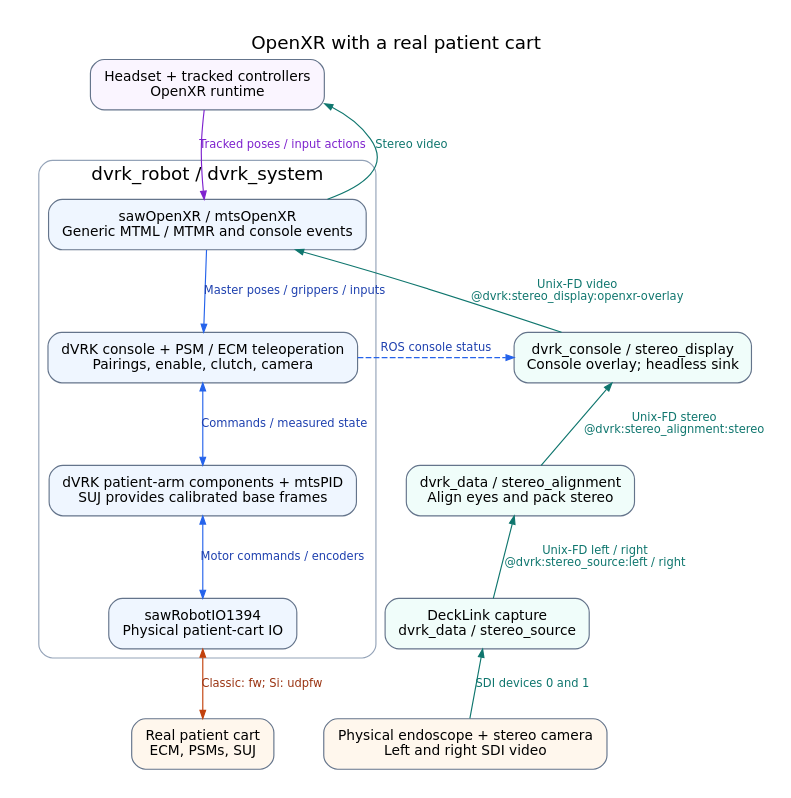
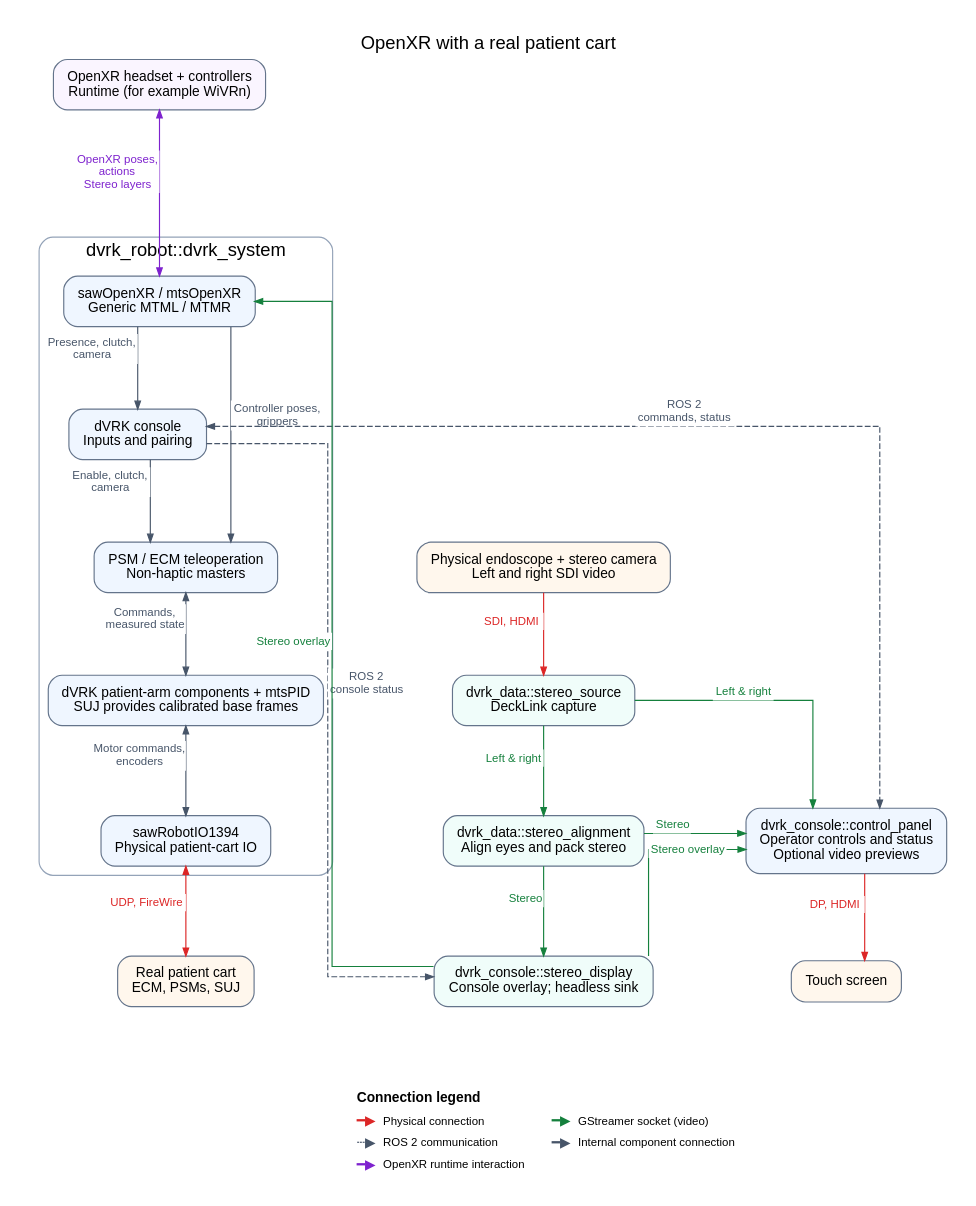
One commit to jhu-dvrk/dvrk-readthedocs changed the diagram in docs/images/usage/openxr-real-patient-cart.dot. Above: the diagram before and after it, drawn with Graphviz. The commit also changed 9 other files, not shown here.

Commit message:
updated graphs

```diff
--- a/docs/images/usage/openxr-real-patient-cart.dot
+++ b/docs/images/usage/openxr-real-patient-cart.dot
@@ -1,36 +1,77 @@
 digraph openxr_real {
-  graph [rankdir=TB, newrank=true, bgcolor="white", pad=0.25, nodesep=0.6, ranksep=0.7,
-         fontname="DejaVu Sans", fontsize=16, label="OpenXR with a real patient cart", labelloc=t];
+  graph [rankdir=TB, splines=ortho, newrank=true, bgcolor="white", pad=0.25, nodesep=0.4, ranksep=1.0,
+         fontname="Arial,Helvetica,sans-serif", fontsize=16, label="OpenXR with a real patient cart", labelloc=t];
   node [shape=box, style="rounded,filled", fillcolor="#eff6ff", color="#64748b",
-        fontname="DejaVu Sans", fontsize=12, margin="0.16,0.12"];
-  edge [color="#2563eb", fontcolor="#1e40af", fontname="DejaVu Sans", fontsize=10, arrowsize=0.7];
+        fontname="Arial,Helvetica,sans-serif", fontsize=12, margin="0.16,0.12"];
+  edge [style=solid, color="#475569", fontcolor="#475569", fontname="Arial,Helvetica,sans-serif", fontsize=10, arrowsize=0.7];
 
-  headset [label="Headset + tracked controllers\nOpenXR runtime", fillcolor="#faf5ff"];
-  subgraph cluster_system {
-    label="dvrk_robot / dvrk_system"; color="#94a3b8"; style=rounded;
-    xr [label="sawOpenXR / mtsOpenXR\nGeneric MTML / MTMR and console events"];
-    teleop [label="dVRK console + PSM / ECM teleoperation\nPairings, enable, clutch, camera"];
-    arms [label="dVRK patient-arm components + mtsPID\nSUJ provides calibrated base frames"];
-    io [label="sawRobotIO1394\nPhysical patient-cart IO"];
-    xr -> teleop [label="Master poses / grippers / inputs"];
-    teleop -> arms [dir=both, label="Commands / measured state"];
-    arms -> io [dir=both, label="Motor commands / encoders"];
+  // Keep the three columns ordered; cross-column links never set ranks.
+  subgraph column_control {
+    label=""; style=invis;
+    headset [label="OpenXR headset + controllers\nRuntime (for example WiVRn)", fillcolor="#faf5ff", group="control"];
+    cart [label="Real patient cart\nECM, PSMs, SUJ", fillcolor="#fff7ed", group="control"];
+    subgraph cluster_system {
+      label="dvrk_robot::dvrk_system"; color="#94a3b8"; style=rounded;
+      xr [label="sawOpenXR / mtsOpenXR\nGeneric MTML / MTMR", group="control"];
+      console [label="dVRK console\nInputs and pairing", group="control"];
+      teleop [label="PSM / ECM teleoperation\nNon-haptic masters", group="control"];
+      arms [label="dVRK patient-arm components + mtsPID\nSUJ provides calibrated base frames", group="control"];
+      io [label="sawRobotIO1394\nPhysical patient-cart IO", group="control"];
+      xr -> console [xlabel=<<TABLE BORDER="0" CELLBORDER="0" CELLSPACING="0" CELLPADDING="2" BGCOLOR="white"><TR><TD>Presence, clutch,<BR/>camera</TD></TR></TABLE>>];
+      xr -> teleop [xlabel=<<TABLE BORDER="0" CELLBORDER="0" CELLSPACING="0" CELLPADDING="2" BGCOLOR="white"><TR><TD>Controller poses,<BR/>grippers</TD></TR></TABLE>>];
+      console -> teleop [xlabel=<<TABLE BORDER="0" CELLBORDER="0" CELLSPACING="0" CELLPADDING="2" BGCOLOR="white"><TR><TD>Enable, clutch,<BR/>camera</TD></TR></TABLE>>];
+      teleop -> arms [dir=both, xlabel=<<TABLE BORDER="0" CELLBORDER="0" CELLSPACING="0" CELLPADDING="2" BGCOLOR="white"><TR><TD>Commands,<BR/>measured state</TD></TR></TABLE>>];
+      arms -> io [dir=both, xlabel=<<TABLE BORDER="0" CELLBORDER="0" CELLSPACING="0" CELLPADDING="2" BGCOLOR="white"><TR><TD>Motor commands,<BR/>encoders</TD></TR></TABLE>>];
+    }
   }
-  cart [label="Real patient cart\nECM, PSMs, SUJ", fillcolor="#fff7ed"];
-  camera [label="Physical endoscope + stereo camera\nLeft and right SDI video", fillcolor="#fff7ed"];
-  source [label="DeckLink capture\ndvrk_data / stereo_source", fillcolor="#f0fdfa"];
-  alignment [label="dvrk_data / stereo_alignment\nAlign eyes and pack stereo", fillcolor="#f0fdfa"];
-  display [label="dvrk_console / stereo_display\nConsole overlay; headless sink", fillcolor="#f0fdfa"];
-  headset -> xr [label="Tracked poses / input actions", color="#7e22ce", fontcolor="#7e22ce"];
-  io -> cart [dir=both, label="Classic: fw; Si: udpfw", color="#c2410c", fontcolor="#9a3412"];
-  camera -> source [label="SDI devices 0 and 1", color="#0f766e", fontcolor="#0f766e", constraint=false];
-  source -> alignment [label="Unix-FD left / right\n@dvrk:stereo_source:left / right", color="#0f766e", fontcolor="#0f766e", constraint=false];
-  alignment -> display [label="Unix-FD stereo\n@dvrk:stereo_alignment:stereo", color="#0f766e", fontcolor="#0f766e", constraint=false];
-  teleop -> display [label="ROS console status", style=dashed, constraint=false];
-  display -> xr [label="Unix-FD video\n@dvrk:stereo_display:openxr-overlay", color="#0f766e", fontcolor="#0f766e", constraint=false];
-  xr -> headset [label="Stereo video", color="#0f766e", fontcolor="#0f766e", constraint=false];
-  {rank=same; teleop; display;}
-  {rank=same; arms; alignment;}
-  {rank=same; io; source;}
-  {rank=same; cart; camera;}
+  subgraph column_video {
+    label=""; style=invis;
+    camera [label="Physical endoscope + stereo camera\nLeft and right SDI video", fillcolor="#fff7ed", group="video"];
+    source [label="dvrk_data::stereo_source\nDeckLink capture", fillcolor="#f0fdfa", group="video"];
+    alignment [label="dvrk_data::stereo_alignment\nAlign eyes and pack stereo", fillcolor="#f0fdfa", group="video"];
+    display [label="dvrk_console::stereo_display\nConsole overlay; headless sink", fillcolor="#f0fdfa", group="video"];
+  }
+  subgraph column_panel {
+    label=""; style=invis;
+    control_panel [label="dvrk_console::control_panel\nOperator controls and status\nOptional video previews", group="panel"];
+    touchscreen [label="Touch screen", fillcolor="#fff7ed", group="panel"];
+  }
+
+  headset -> xr [dir=both, xlabel=<<TABLE BORDER="0" CELLBORDER="0" CELLSPACING="0" CELLPADDING="2" BGCOLOR="white"><TR><TD>OpenXR poses,<BR/>actions<BR/>Stereo layers</TD></TR></TABLE>>, color="#7e22ce", fontcolor="#7e22ce", minlen=2];
+  io -> cart [dir=both, xlabel=<<TABLE BORDER="0" CELLBORDER="0" CELLSPACING="0" CELLPADDING="2" BGCOLOR="white"><TR><TD>UDP, FireWire</TD></TR></TABLE>>, color="#dc2626", fontcolor="#dc2626"];
+  camera -> source [xlabel=<<TABLE BORDER="0" CELLBORDER="0" CELLSPACING="0" CELLPADDING="2" BGCOLOR="white"><TR><TD>SDI, HDMI</TD></TR></TABLE>>, color="#dc2626", fontcolor="#dc2626"];
+  source -> alignment [xlabel=<<TABLE BORDER="0" CELLBORDER="0" CELLSPACING="0" CELLPADDING="2" BGCOLOR="white"><TR><TD>Left &amp; right</TD></TR></TABLE>>, color="#15803d", fontcolor="#15803d"];
+  alignment -> display [xlabel=<<TABLE BORDER="0" CELLBORDER="0" CELLSPACING="0" CELLPADDING="2" BGCOLOR="white"><TR><TD>Stereo</TD></TR></TABLE>>, color="#15803d", fontcolor="#15803d"];
+  console -> control_panel [dir=both, xlabel=<<TABLE BORDER="0" CELLBORDER="0" CELLSPACING="0" CELLPADDING="2" BGCOLOR="white"><TR><TD>ROS 2<BR/>commands, status</TD></TR></TABLE>>, style=dashed, constraint=false];
+  source -> control_panel [xlabel=<<TABLE BORDER="0" CELLBORDER="0" CELLSPACING="0" CELLPADDING="2" BGCOLOR="white"><TR><TD>Left &amp; right</TD></TR></TABLE>>, color="#15803d", fontcolor="#15803d", constraint=false];
+  alignment -> control_panel [xlabel=<<TABLE BORDER="0" CELLBORDER="0" CELLSPACING="0" CELLPADDING="2" BGCOLOR="white"><TR><TD>Stereo</TD></TR></TABLE>>, color="#15803d", fontcolor="#15803d", constraint=false];
+  display -> control_panel [xlabel=<<TABLE BORDER="0" CELLBORDER="0" CELLSPACING="0" CELLPADDING="2" BGCOLOR="white"><TR><TD>Stereo overlay</TD></TR></TABLE>>, color="#15803d", fontcolor="#15803d", constraint=false];
+  control_panel -> touchscreen [xlabel=<<TABLE BORDER="0" CELLBORDER="0" CELLSPACING="0" CELLPADDING="2" BGCOLOR="white"><TR><TD>DP, HDMI</TD></TR></TABLE>>, color="#dc2626", fontcolor="#dc2626"];
+
+
+  console:e -> display:w [xlabel=<<TABLE BORDER="0" CELLBORDER="0" CELLSPACING="0" CELLPADDING="2" BGCOLOR="white"><TR><TD>ROS 2<BR/>console status</TD></TR></TABLE>>, style=dashed, constraint=false];
+  display:w -> xr:e [xlabel=<<TABLE BORDER="0" CELLBORDER="0" CELLSPACING="0" CELLPADDING="2" BGCOLOR="white"><TR><TD>Stereo overlay</TD></TR></TABLE>>, color="#15803d", fontcolor="#15803d", constraint=false];
+
+  // Align the implicit columns at their bottom nodes.
+  {rank=same; cart; display; touchscreen;}
+  column_order [shape=point, width=0, height=0, label="", style=invis, ordering=out];
+  column_order -> cart [style=invis];
+  column_order -> display [style=invis];
+  column_order -> touchscreen [style=invis];
+
+  // Keep this legend consistent with readme-dot.md; include only types used above.
+  subgraph legend_rank {
+    rank=sink;
+    legend [shape=plain, style="", margin=0, label=<
+      <TABLE BORDER="0" CELLBORDER="0" CELLSPACING="0" CELLPADDING="3">
+        <TR><TD COLSPAN="5" ALIGN="LEFT"><B>Connection legend</B></TD></TR>
+        <TR><TD><FONT COLOR="#dc2626">━▶</FONT></TD><TD ALIGN="LEFT"><FONT POINT-SIZE="10">Physical connection</FONT></TD><TD WIDTH="20"></TD><TD><FONT COLOR="#15803d">━▶</FONT></TD><TD ALIGN="LEFT"><FONT POINT-SIZE="10">GStreamer socket (video)</FONT></TD></TR>
+        <TR><TD><FONT COLOR="#475569">┄▶</FONT></TD><TD ALIGN="LEFT"><FONT POINT-SIZE="10">ROS 2 communication</FONT></TD><TD WIDTH="20"></TD><TD><FONT COLOR="#475569">━▶</FONT></TD><TD ALIGN="LEFT"><FONT POINT-SIZE="10">Internal component connection</FONT></TD></TR>
+        <TR><TD><FONT COLOR="#7e22ce">━▶</FONT></TD><TD ALIGN="LEFT"><FONT POINT-SIZE="10">OpenXR runtime interaction</FONT></TD><TD WIDTH="20"></TD><TD COLSPAN="2"></TD></TR>
+      </TABLE>
+    >];
+  }
+  cart -> legend [style=invis];
+  display -> legend [style=invis];
+  touchscreen -> legend [style=invis];
 }
```
